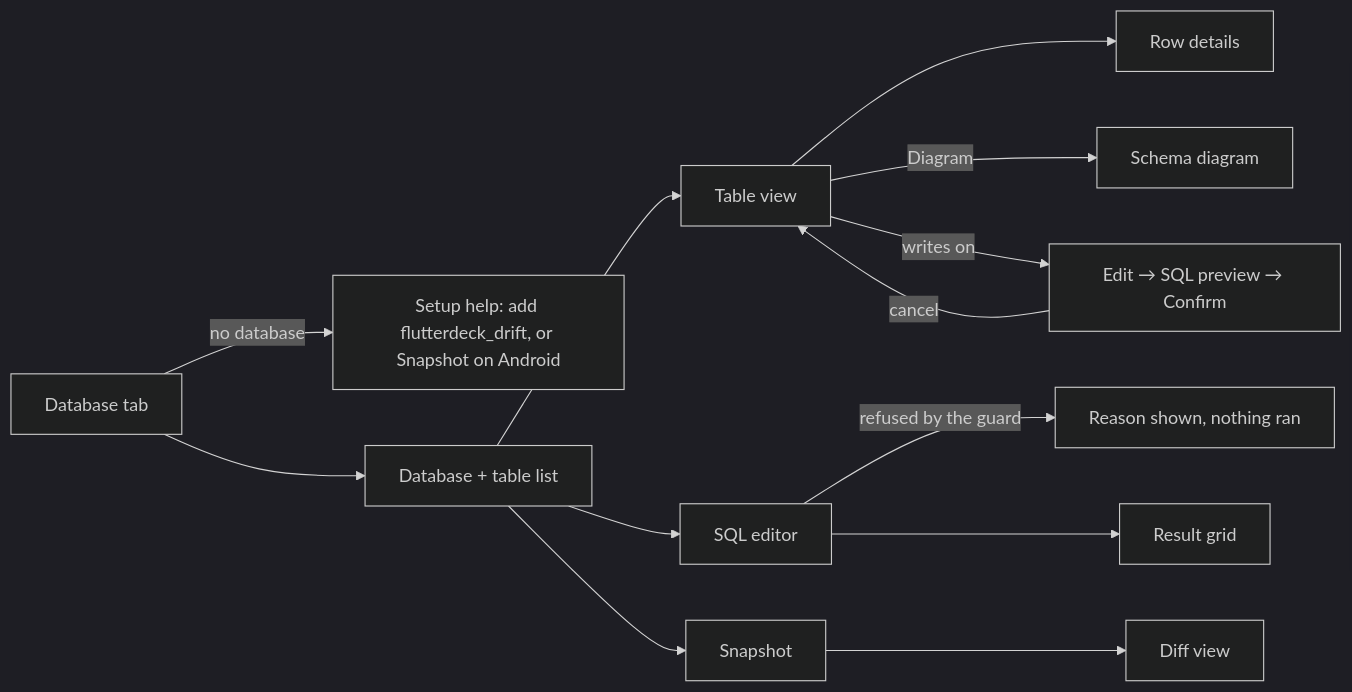
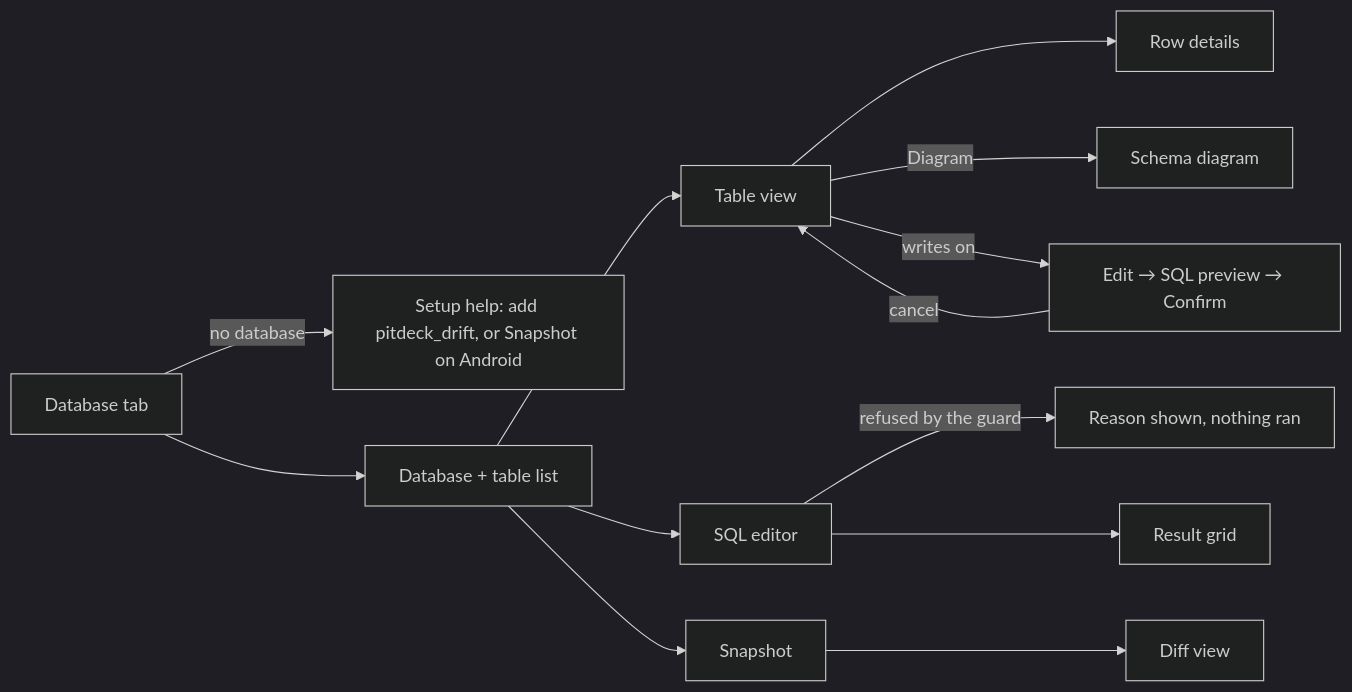
One commit to Thamzy265/project-deck changed the diagram in docs/ui/m3-database-tab.md. Above: the diagram before and after it, drawn with Mermaid (dark theme). The commit also changed other lines of this file and 22 other files, not shown here.

````diff
--- a/docs/ui/m3-database-tab.md
+++ b/docs/ui/m3-database-tab.md
@@ -15,14 +15,14 @@
 ```mermaid
 flowchart LR
-  T[Database tab] -->|no database| S[Setup help: add flutterdeck_drift, or Snapshot on Android]
+  T[Database tab] -->|no database| S[Setup help: add pitdeck_drift, or Snapshot on Android]
   T --> L[Database + table list]
   L --> V[Table view]
   V --> R[Row details]
   V -->|Diagram| G[Schema diagram]
   L --> Q[SQL editor]
   Q -->|refused by the guard| E[Reason shown, nothing ran]
   Q --> RS[Result grid]
   L --> P[Snapshot] --> D[Diff view]
   V -->|writes on| W[Edit → SQL preview → Confirm]
   W -->|cancel| V
 ```
````
